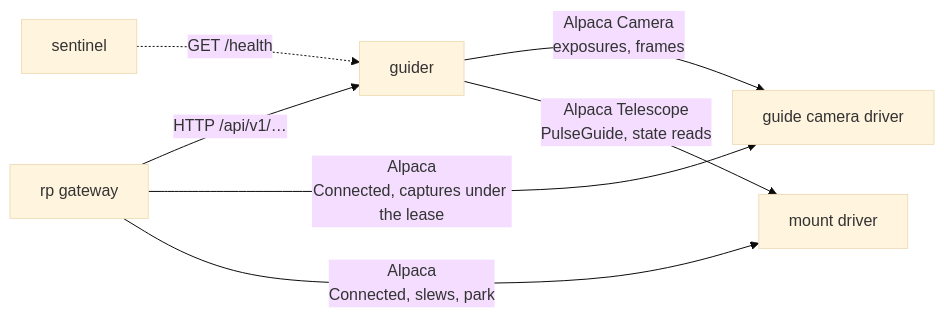
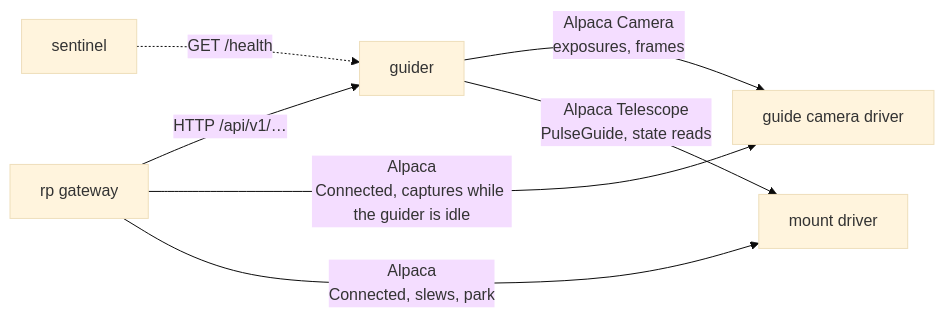
Before and after one commit to rusty-photon/rusty-photon: the diagram in docs/services/guider.md, drawn with Mermaid (base theme). The commit also changed other lines of this file and 7 other files, not shown here.

````diff
--- a/docs/services/guider.md
+++ b/docs/services/guider.md
@@ -44,9 +44,9 @@
 ```mermaid
 graph LR
     rp[rp gateway] -->|"HTTP /api/v1/…"| guider[guider]
     guider -->|"Alpaca Camera<br/>exposures, frames"| cam[guide camera driver]
     guider -->|"Alpaca Telescope<br/>PulseGuide, state reads"| mount[mount driver]
-    rp -->|"Alpaca<br/>Connected, captures under the lease"| cam
+    rp -->|"Alpaca<br/>Connected, captures while the guider is idle"| cam
     rp -->|"Alpaca<br/>Connected, slews, park"| mount
     sentinel[sentinel] -.->|"GET /health"| guider
 ```
````
